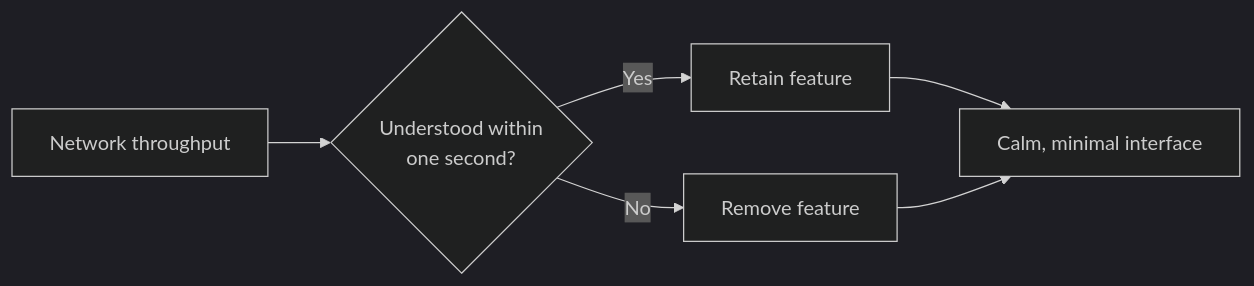
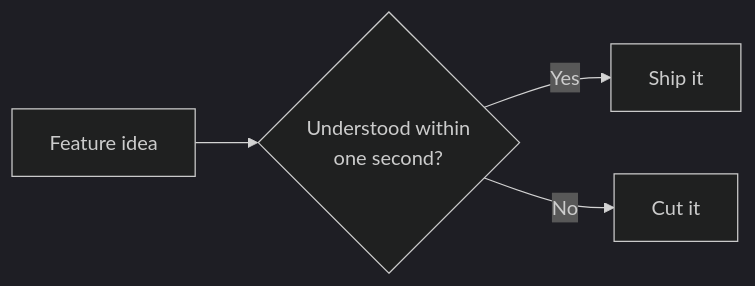
One commit to programmersd21/flow changed the first of 2 diagrams in README.md. Above: the diagram before and after it, drawn with Mermaid (dark theme). The commit also changed other lines of this file, not shown here.

````diff
--- a/README.md
+++ b/README.md
@@ -119,8 +49,6 @@
 ```mermaid
 flowchart LR
-    Input["Network throughput"] --> Q{"Understood within<br/>one second?"}
-    Q -->|Yes| Keep["Retain feature"]
-    Q -->|No| Cut["Remove feature"]
-    Keep --> Result["Calm, minimal interface"]
-    Cut --> Result
+    Input["Feature idea"] --> Q{"Understood within<br/>one second?"}
+    Q -->|Yes| Keep["Ship it"]
+    Q -->|No| Cut["Cut it"]
 ```
````
